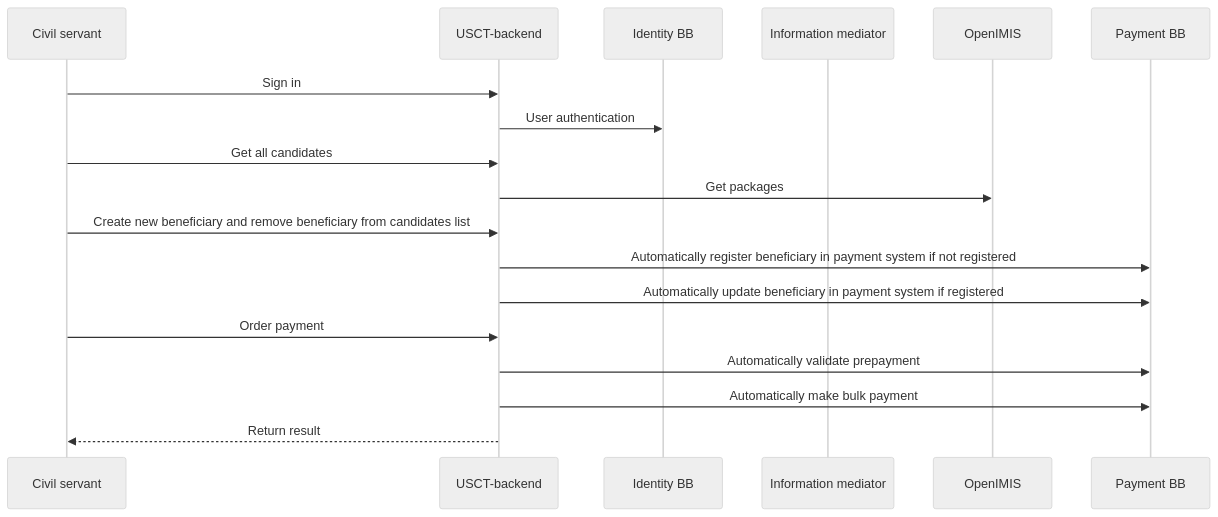
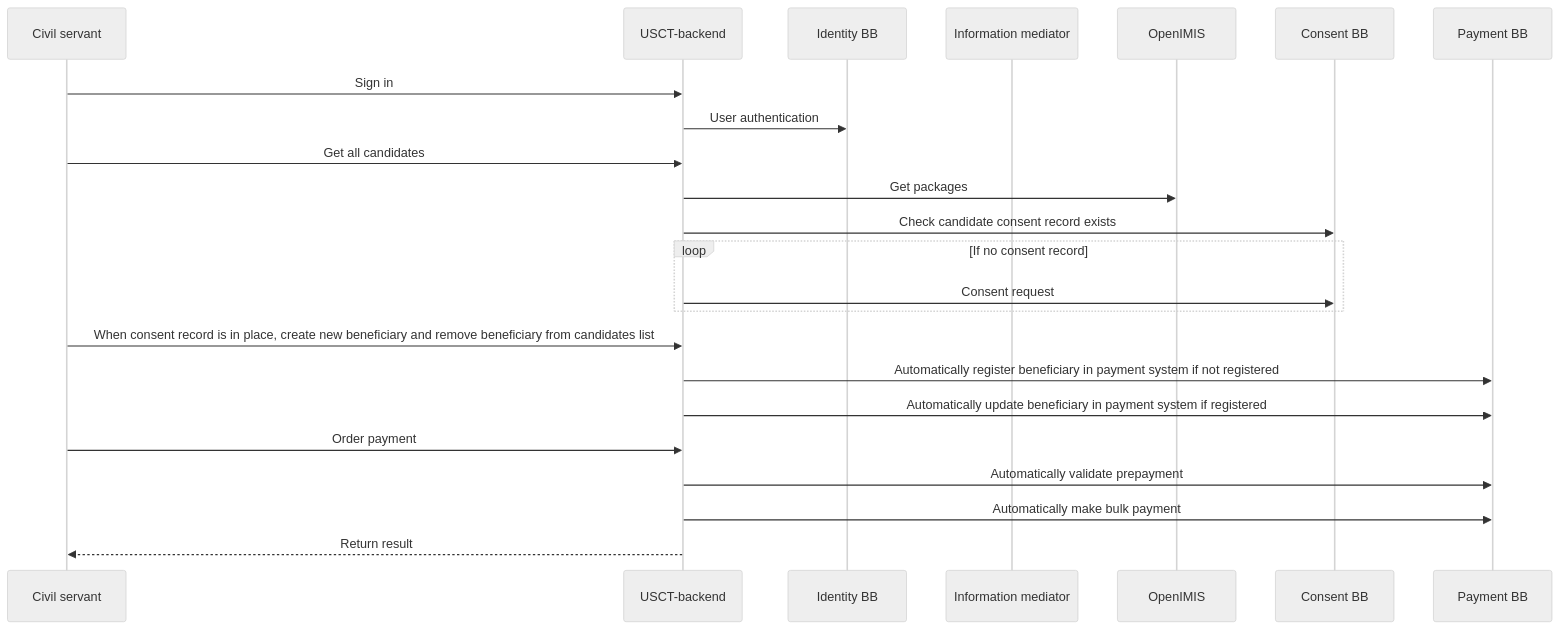
Before and after one commit to GovStackWorkingGroup/sandbox-usecase-usct-backend: the diagram in docs/main.md, drawn with Mermaid (neutral theme). The commit also changed other lines of this file and 18 other files, not shown here.

````diff
--- a/docs/main.md
+++ b/docs/main.md
@@ -11,16 +11,20 @@
 ```mermaid
 sequenceDiagram
     Civil servant ->> USCT-backend: Sign in
     USCT-backend ->> Identity BB: User authentication
     participant im as Information mediator
 
     Civil servant ->> USCT-backend: Get all candidates
     USCT-backend ->> OpenIMIS: Get packages
-    Civil servant ->> USCT-backend: Create new beneficiary and remove beneficiary from candidates list
+    USCT-backend ->> Consent BB: Check candidate consent record exists
+    loop If no consent record
+      USCT-backend ->>Consent BB: Consent request
+    end
+  Civil servant ->> USCT-backend: When consent record is in place, create new beneficiary and remove beneficiary from candidates list
     USCT-backend ->> Payment BB: Automatically register beneficiary in payment system if not registered
     USCT-backend ->> Payment BB: Automatically update beneficiary in payment system if registered
     Civil servant ->> USCT-backend: Order payment
     USCT-backend ->> Payment BB: Automatically validate prepayment
     USCT-backend ->> Payment BB: Automatically make bulk payment
     USCT-backend -->> Civil servant: Return result
 ```
````
